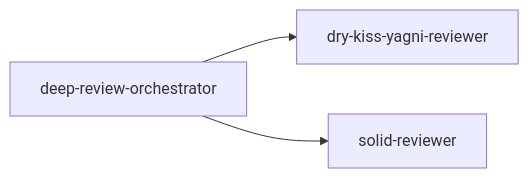
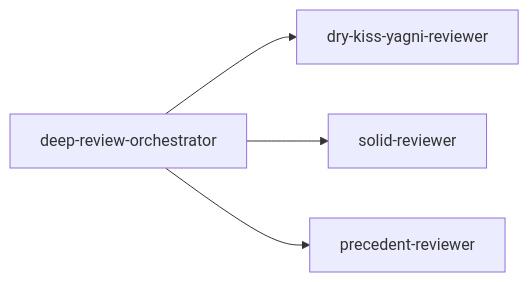
The diagram in .claude/agents/review/README.md (OstMutant/Advertisement), drawn with Mermaid before and after one commit. The commit also changed other lines of this file and 99 other files, not shown here.

````diff
--- a/.claude/agents/review/README.md
+++ b/.claude/agents/review/README.md
@@ -22,5 +24,6 @@
 ```mermaid
 flowchart LR
     O[deep-review-orchestrator] --> D[dry-kiss-yagni-reviewer]
     O --> S[solid-reviewer]
+    O --> P[precedent-reviewer]
 ```
````
